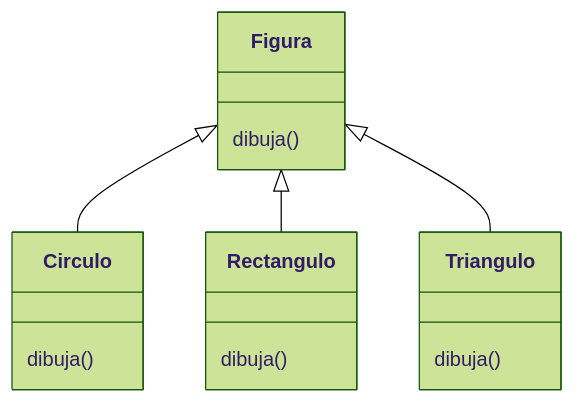
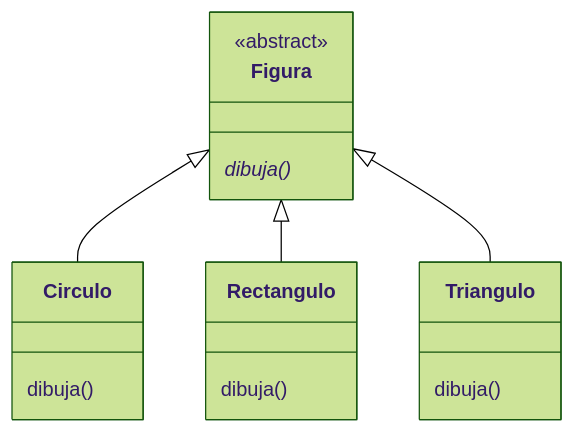
Before and after one commit to C-HER-T-1030-301-2311/TC1030.cpp.polimorfismo: the first of 2 diagrams in assignments/04-FigureAbstract/README.md, drawn with Mermaid (forest theme).

````diff
--- a/assignments/04-FigureAbstract/README.md
+++ b/assignments/04-FigureAbstract/README.md
@@ -5,12 +5,14 @@
 ```mermaid
 classDiagram
+      class Figura
+      <<abstract>> Figura
       Figura <|-- Circulo
       Figura <|-- Rectangulo
       Figura <|-- Triangulo
 
-      Figura : dibuja()
+      Figura : dibuja()*
       Rectangulo : dibuja()
       Triangulo : dibuja()
       Circulo : dibuja()
 
 ```
````
